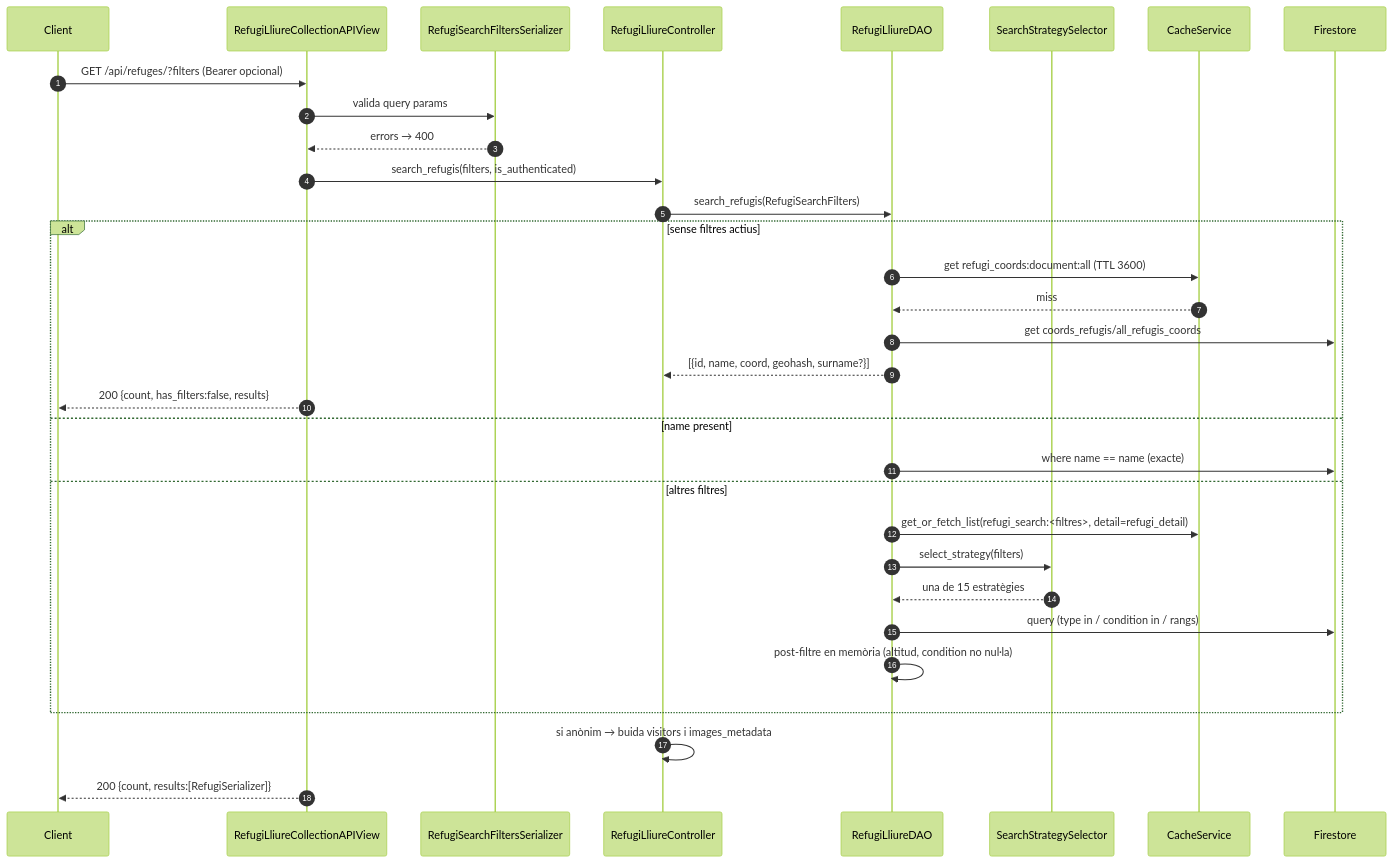
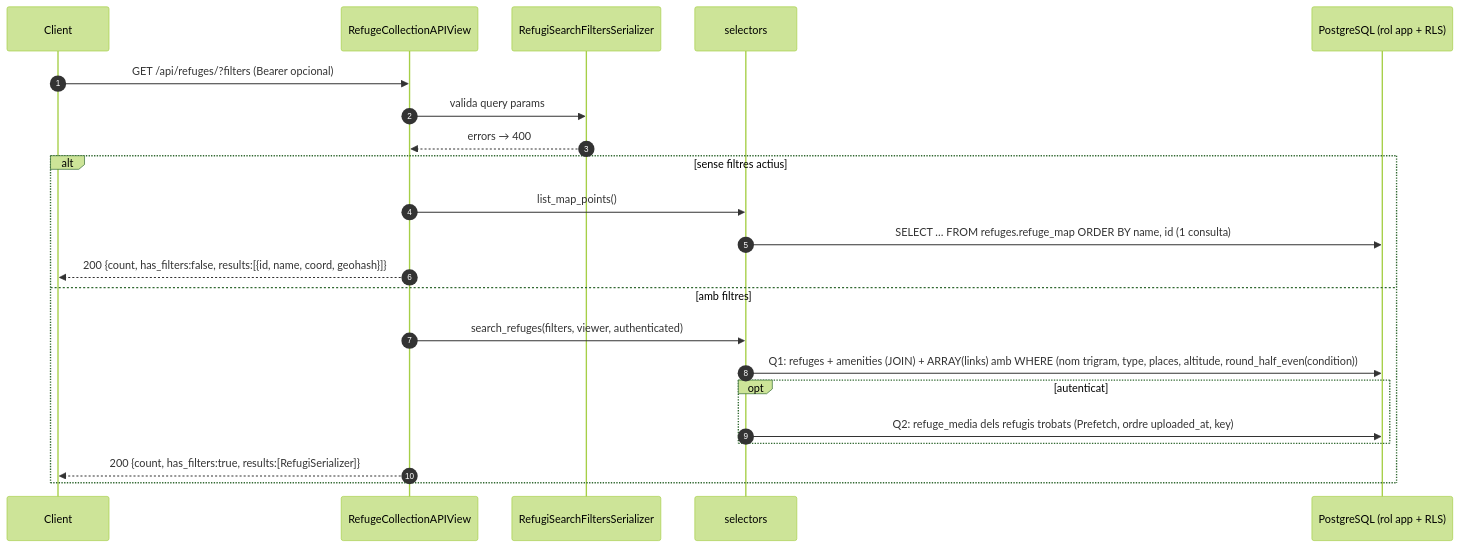
Before and after one commit to jordirev/RefugisLliures_Backend: the diagram in docs/flows/04-refuge-search-detail.md, drawn with Mermaid (forest theme). The commit also changed other lines of this file and 21 other files, not shown here.

Commit message:
[Refugis] docs: estructura apps/ per feature, selectors/services, flux 3 i 4, receptes, CLAUDE.md i cobertura de apps

````diff
--- a/docs/flows/04-refuge-search-detail.md
+++ b/docs/flows/04-refuge-search-detail.md
@@ -17,35 +19,25 @@
 ```mermaid
 sequenceDiagram
     autonumber
     participant C as Client
-    participant V as RefugiLliureCollectionAPIView
+    participant V as RefugeCollectionAPIView
     participant S as RefugiSearchFiltersSerializer
-    participant RC as RefugiLliureController
-    participant D as RefugiLliureDAO
-    participant SS as SearchStrategySelector
-    participant K as CacheService
-    participant F as Firestore
+    participant SEL as selectors
+    participant DB as PostgreSQL (rol app + RLS)
 
     C->>V: GET /api/refuges/?filters (Bearer opcional)
     V->>S: valida query params
     S-->>V: errors → 400
-    V->>RC: search_refugis(filters, is_authenticated)
-    RC->>D: search_refugis(RefugiSearchFilters)
     alt sense filtres actius
-        D->>K: get refugi_coords:document:all (TTL 3600)
-        K-->>D: miss
-        D->>F: get coords_refugis/all_refugis_coords
-        D-->>RC: [{id, name, coord, geohash, surname?}]
-        V-->>C: 200 {count, has_filters:false, results}
-    else name present
-        D->>F: where name == name (exacte)
-    else altres filtres
-        D->>K: get_or_fetch_list(refugi_search:<filtres>, detail=refugi_detail)
-        D->>SS: select_strategy(filters)
-        SS-->>D: una de 15 estratègies
-        D->>F: query (type in / condition in / rangs)
-        D->>D: post-filtre en memòria (altitud, condition no nul·la)
+        V->>SEL: list_map_points()
+        SEL->>DB: SELECT … FROM refuges.refuge_map ORDER BY name, id   (1 consulta)
+        V-->>C: 200 {count, has_filters:false, results:[{id, name, coord, geohash}]}
+    else amb filtres
+        V->>SEL: search_refuges(filters, viewer, authenticated)
+        SEL->>DB: Q1: refuges + amenities (JOIN) + ARRAY(links) amb WHERE (nom trigram, type, places, altitude, round_half_even(condition))
+        opt autenticat
+            SEL->>DB: Q2: refuge_media dels refugis trobats (Prefetch, ordre uploaded_at, key)
+        end
+        V-->>C: 200 {count, has_filters:true, results:[RefugiSerializer]}
     end
-    RC->>RC: si anònim → buida visitors i images_metadata
-    V-->>C: 200 {count, results:[RefugiSerializer]}
 ```
````
